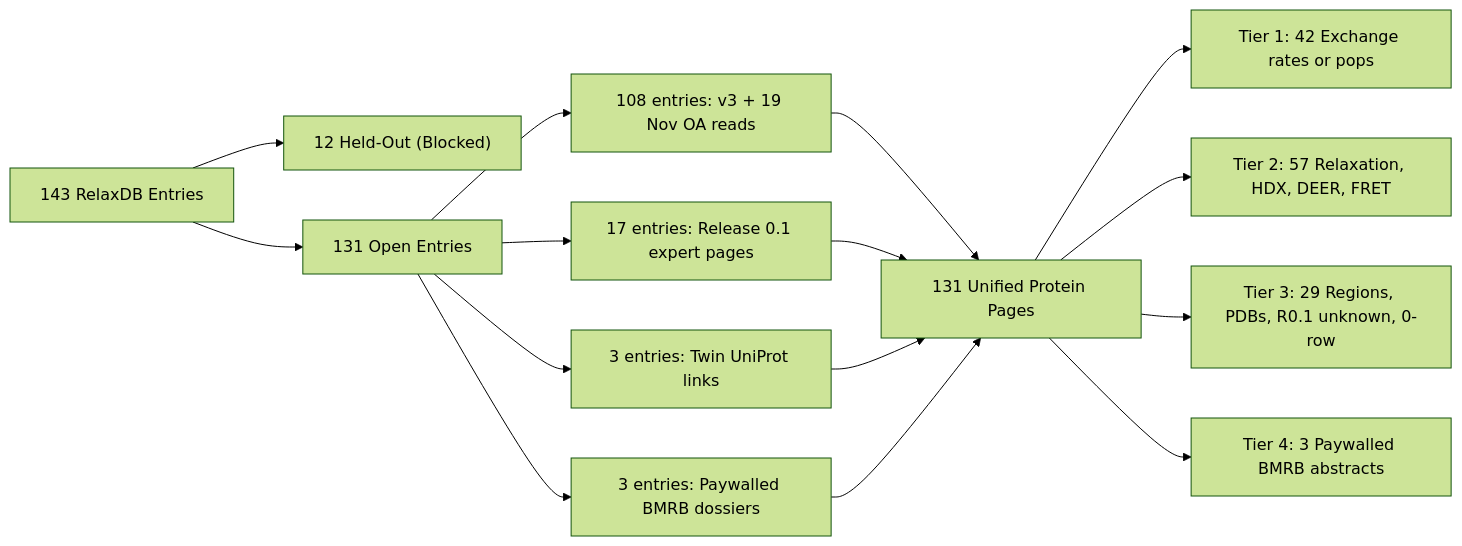
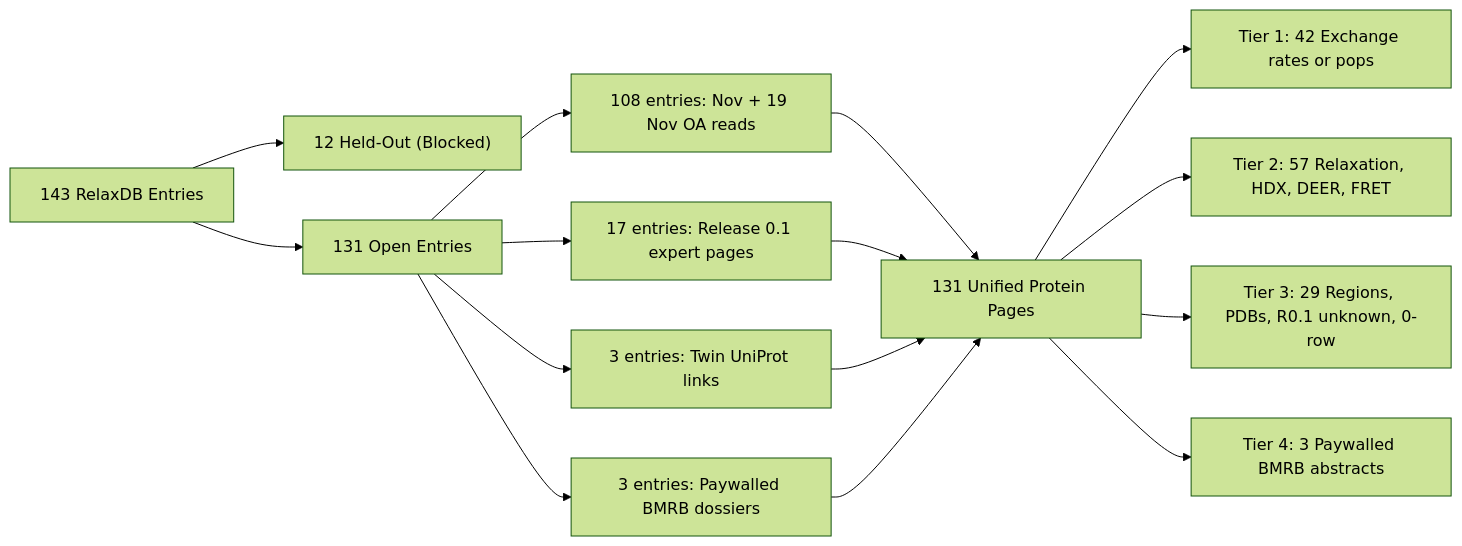
The diagram in atlas/ATLAS_131.md (alex051107/dynamics-atlas-relaxdb), drawn with Mermaid (forest theme) before and after one commit. The commit also changed other lines of this file and 16 other files, not shown here.

````diff
--- a/atlas/ATLAS_131.md
+++ b/atlas/ATLAS_131.md
@@ -5,20 +5,20 @@
 ```mermaid
 flowchart LR
     Pool["143 RelaxDB Entries"] --> Sealed["12 Held-Out (Blocked)"]
     Pool --> Open["131 Open Entries"]
 
-    Open --> Src1["108 entries: v3 + 19 Nov OA reads"]
+    Open --> Src1["108 entries: Nov + 19 Nov OA reads"]
     Open --> Src2["17 entries: Release 0.1 expert pages"]
     Open --> Src3["3 entries: Twin UniProt links"]
     Open --> Src4["3 entries: Paywalled BMRB dossiers"]
 
     Src1 --> Unified["131 Unified Protein Pages"]
     Src2 --> Unified
     Src3 --> Unified
     Src4 --> Unified
 
     Unified --> T1["Tier 1: 42 Exchange rates or pops"]
     Unified --> T2["Tier 2: 57 Relaxation, HDX, DEER, FRET"]
     Unified --> T3["Tier 3: 29 Regions, PDBs, R0.1 unknown, 0-row"]
     Unified --> T4["Tier 4: 3 Paywalled BMRB abstracts"]
 ```
````
